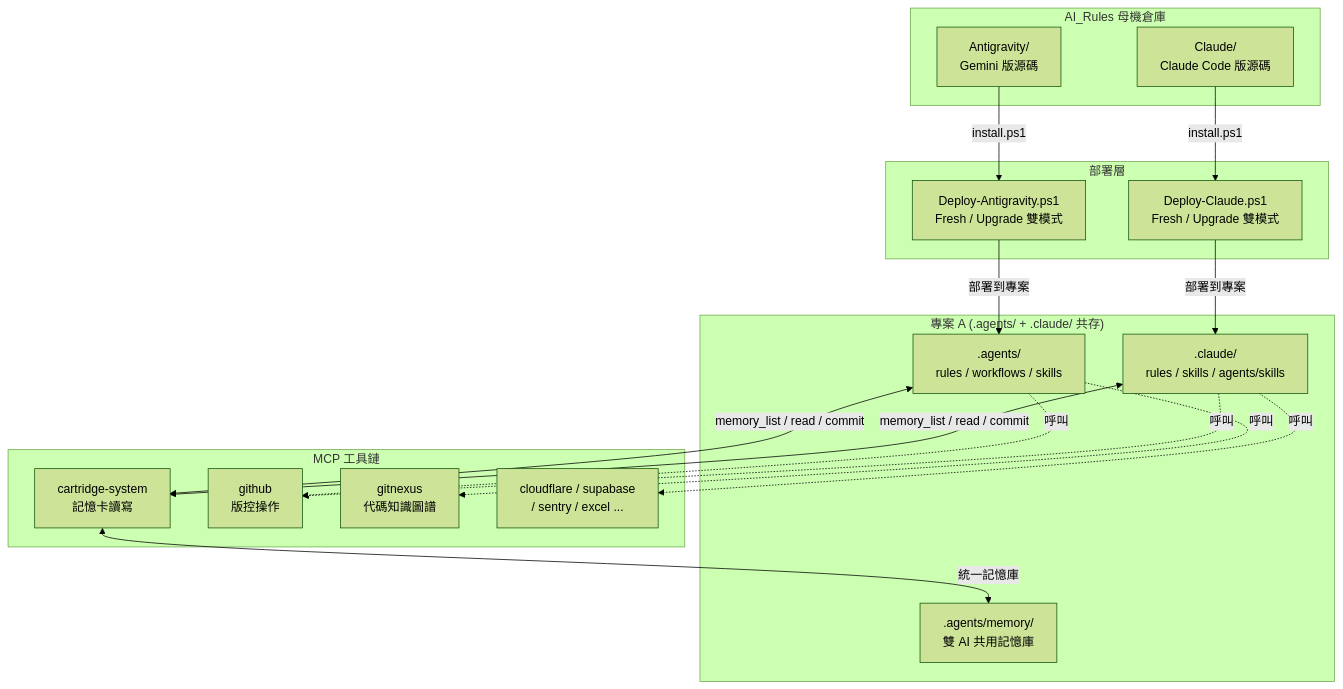
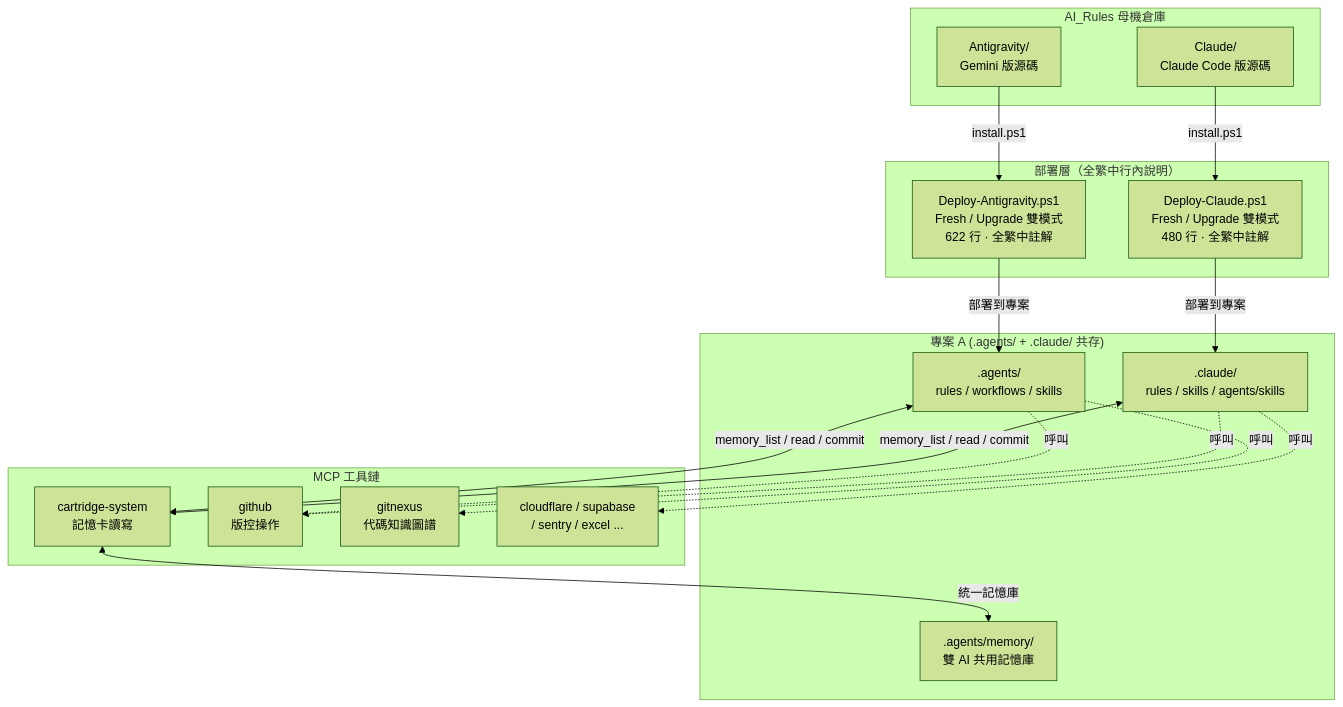
Before and after one commit to Kunshao1117/AI_Rules: the first of 3 diagrams in README.md, drawn with Mermaid (forest theme). The commit also changed other lines of this file and 24 other files, not shown here.

````diff
--- a/README.md
+++ b/README.md
@@ -86,37 +86,37 @@
 ```mermaid
 graph TB
     subgraph "AI_Rules 母機倉庫"
         AG["Antigravity/<br/>Gemini 版源碼"]
         CL["Claude/<br/>Claude Code 版源碼"]
     end
 
-    subgraph "部署層"
-        AGD["Deploy-Antigravity.ps1<br/>Fresh / Upgrade 雙模式"]
-        CLD["Deploy-Claude.ps1<br/>Fresh / Upgrade 雙模式"]
+    subgraph "部署層（全繁中行內說明）"
+        AGD["Deploy-Antigravity.ps1<br/>Fresh / Upgrade 雙模式<br/>622 行 · 全繁中註解"]
+        CLD["Deploy-Claude.ps1<br/>Fresh / Upgrade 雙模式<br/>480 行 · 全繁中註解"]
     end
 
     subgraph "專案 A (.agents/ + .claude/ 共存)"
         AGE[".agents/<br/>rules / workflows / skills"]
         CLE[".claude/<br/>rules / skills / agents/skills"]
         MEM[".agents/memory/<br/>雙 AI 共用記憶庫"]
     end
 
     subgraph "MCP 工具鏈"
         CART["cartridge-system<br/>記憶卡讀寫"]
         GH["github<br/>版控操作"]
         GN["gitnexus<br/>代碼知識圖譜"]
         OTHER["cloudflare / supabase<br/>/ sentry / excel ..."]
     end
 
     AG -->|"install.ps1"| AGD
     CL -->|"install.ps1"| CLD
     AGD -->|"部署到專案"| AGE
     CLD -->|"部署到專案"| CLE
     AGE <-->|"memory_list / read / commit"| CART
     CLE <-->|"memory_list / read / commit"| CART
     CART <-->|"統一記憶庫"| MEM
     AGE -.->|"呼叫"| GH
     AGE -.->|"呼叫"| GN
     CLE -.->|"呼叫"| GH
     CLE -.->|"呼叫"| OTHER
 ```
````
